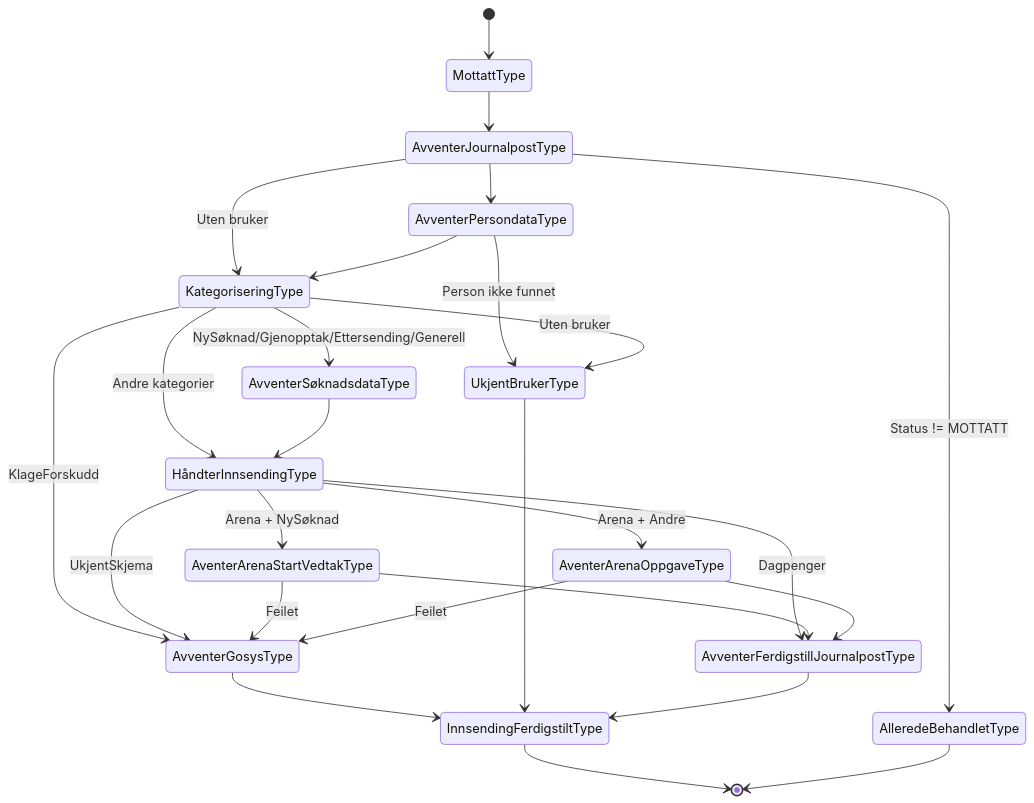
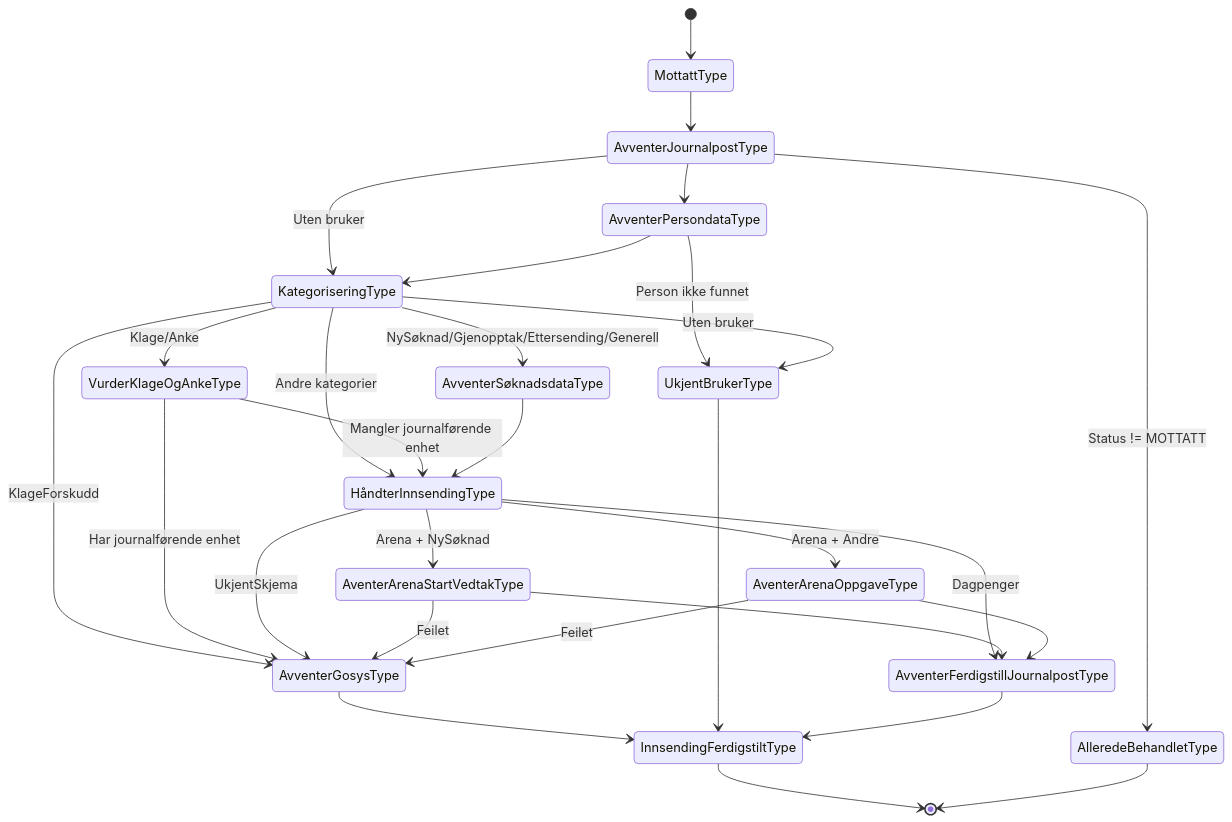
The first of 3 diagrams in docs/APPLIKASJONSDOKUMENTASJON.md (navikt/dp-mottak), drawn with Mermaid before and after one commit. The commit also changed other lines of this file and 9 other files, not shown here.

First line of the commit message:
Klage/anke rutes til journalførende enhet i Gosys

````diff
--- a/docs/APPLIKASJONSDOKUMENTASJON.md
+++ b/docs/APPLIKASJONSDOKUMENTASJON.md
@@ -70,28 +70,31 @@
 ```mermaid
 stateDiagram-v2
     [*] --> MottattType
     MottattType --> AvventerJournalpostType
     AvventerJournalpostType --> AvventerPersondataType
     AvventerJournalpostType --> AlleredeBehandletType : Status != MOTTATT
     AvventerJournalpostType --> KategoriseringType : Uten bruker
     AvventerPersondataType --> KategoriseringType
     AvventerPersondataType --> UkjentBrukerType : Person ikke funnet
     KategoriseringType --> AvventerSøknadsdataType : NySøknad/Gjenopptak/Ettersending/Generell
+    KategoriseringType --> VurderKlageOgAnkeType : Klage/Anke
     KategoriseringType --> HåndterInnsendingType : Andre kategorier
     KategoriseringType --> AvventerGosysType : KlageForskudd
     KategoriseringType --> UkjentBrukerType : Uten bruker
+    VurderKlageOgAnkeType --> AvventerGosysType : Har journalførende enhet
+    VurderKlageOgAnkeType --> HåndterInnsendingType : Mangler journalførende enhet
     AvventerSøknadsdataType --> HåndterInnsendingType
     HåndterInnsendingType --> AventerArenaStartVedtakType : Arena + NySøknad
     HåndterInnsendingType --> AventerArenaOppgaveType : Arena + Andre
     HåndterInnsendingType --> AvventerFerdigstillJournalpostType : Dagpenger
     HåndterInnsendingType --> AvventerGosysType : UkjentSkjema
     AventerArenaStartVedtakType --> AvventerFerdigstillJournalpostType
     AventerArenaStartVedtakType --> AvventerGosysType : Feilet
     AventerArenaOppgaveType --> AvventerFerdigstillJournalpostType
     AventerArenaOppgaveType --> AvventerGosysType : Feilet
     AvventerGosysType --> InnsendingFerdigstiltType
     UkjentBrukerType --> InnsendingFerdigstiltType
     AvventerFerdigstillJournalpostType --> InnsendingFerdigstiltType
     InnsendingFerdigstiltType --> [*]
     AlleredeBehandletType --> [*]
 ```
````
